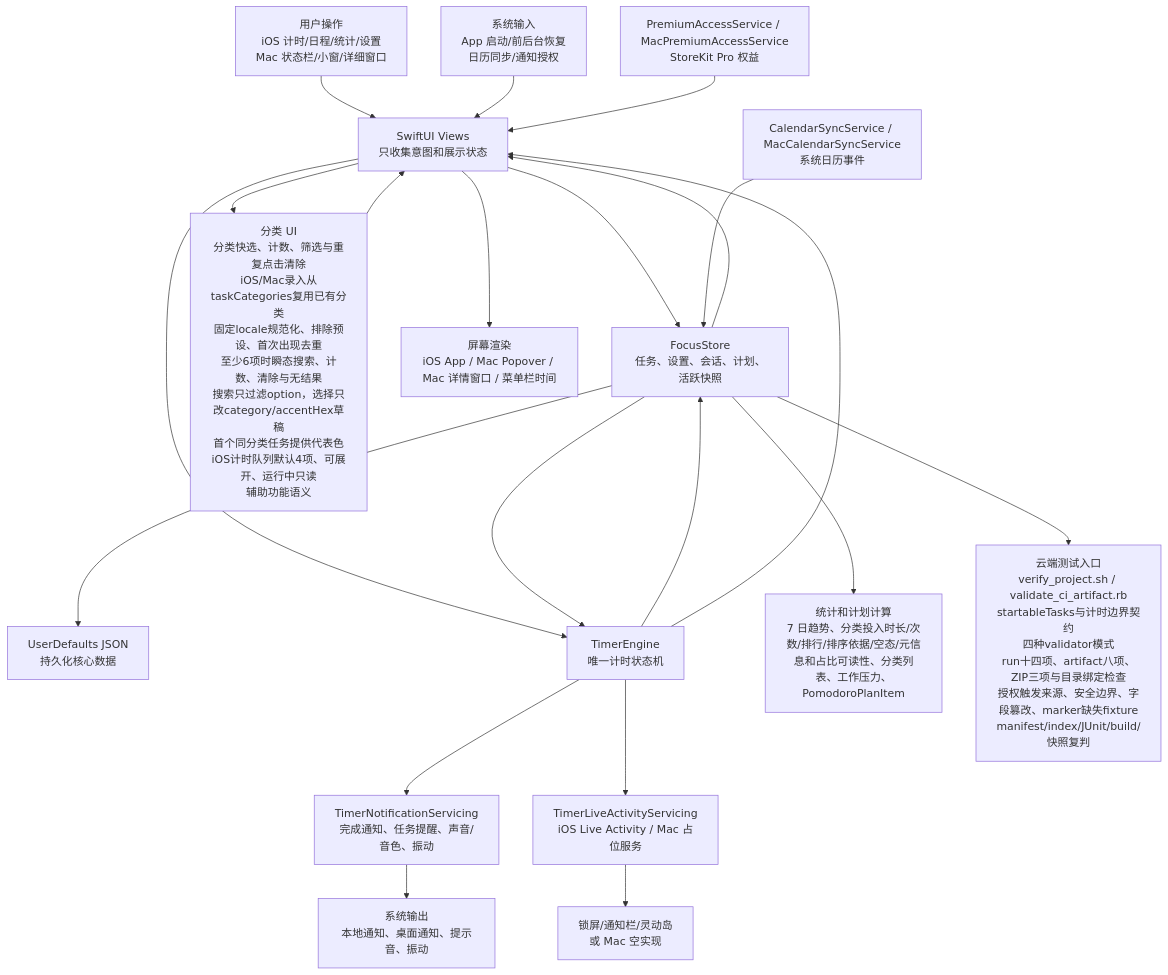
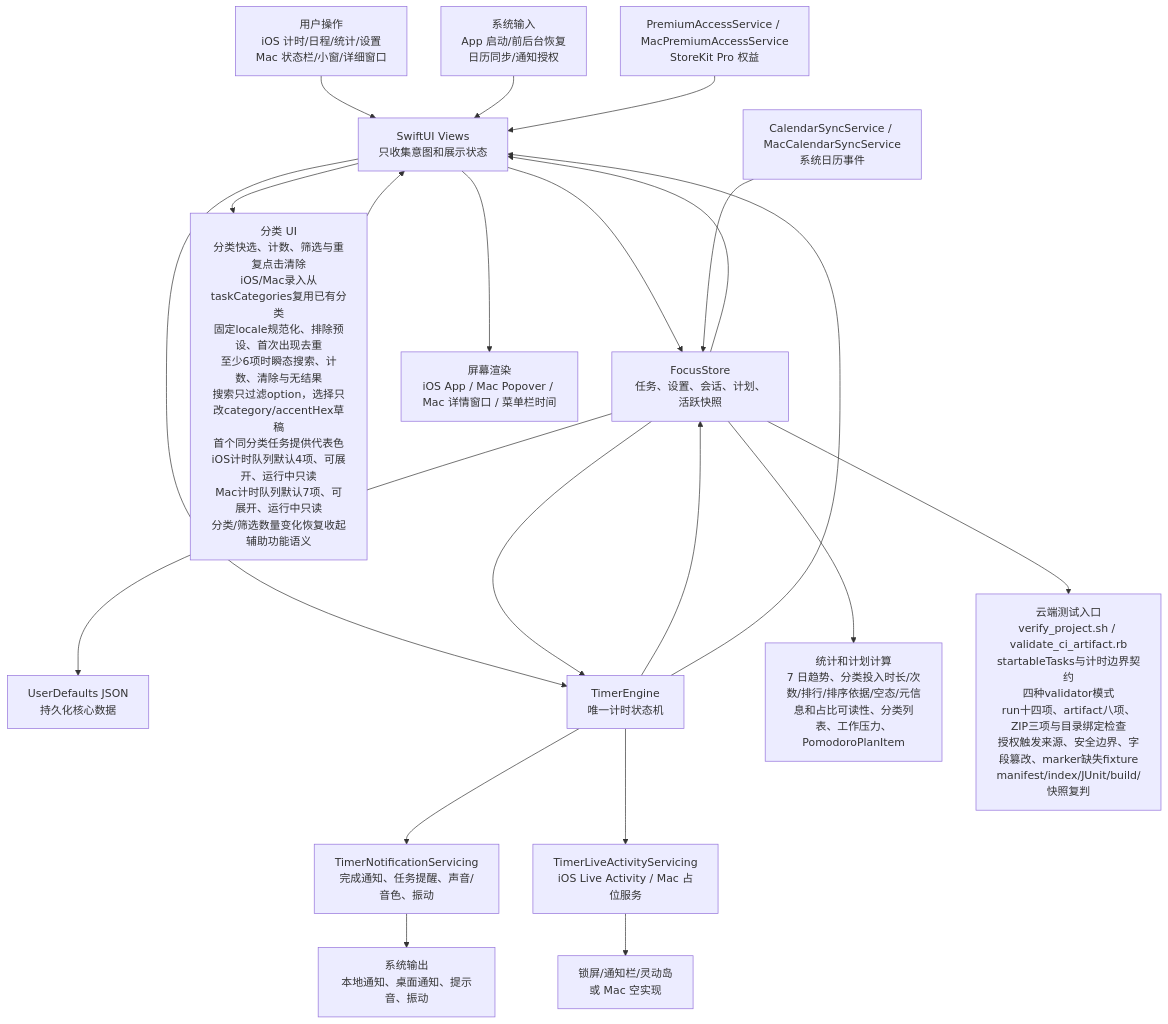
Before and after one commit to Altman-sam114/114: the first of 6 diagrams in md/flow/flowchart.md, drawn with Mermaid. The commit also changed other lines of this file and 9 other files, not shown here.

````diff
--- a/md/flow/flowchart.md
+++ b/md/flow/flowchart.md
@@ -9,23 +9,23 @@
 ```mermaid
 flowchart TD
   U["用户操作<br/>iOS 计时/日程/统计/设置<br/>Mac 状态栏/小窗/详细窗口"] --> V["SwiftUI Views<br/>只收集意图和展示状态"]
   SYS["系统输入<br/>App 启动/前后台恢复<br/>日历同步/通知授权"] --> V
   V --> S["FocusStore<br/>任务、设置、会话、计划、活跃快照"]
-  V --> CAT["分类 UI<br/>分类快选、计数、筛选与重复点击清除<br/>iOS/Mac录入从taskCategories复用已有分类<br/>固定locale规范化、排除预设、首次出现去重<br/>至少6项时瞬态搜索、计数、清除与无结果<br/>搜索只过滤option，选择只改category/accentHex草稿<br/>首个同分类任务提供代表色<br/>iOS计时队列默认4项、可展开、运行中只读<br/>辅助功能语义"]
+  V --> CAT["分类 UI<br/>分类快选、计数、筛选与重复点击清除<br/>iOS/Mac录入从taskCategories复用已有分类<br/>固定locale规范化、排除预设、首次出现去重<br/>至少6项时瞬态搜索、计数、清除与无结果<br/>搜索只过滤option，选择只改category/accentHex草稿<br/>首个同分类任务提供代表色<br/>iOS计时队列默认4项、可展开、运行中只读<br/>Mac计时队列默认7项、可展开、运行中只读<br/>分类/筛选数量变化恢复收起<br/>辅助功能语义"]
   CAT --> V
   S --> P["UserDefaults JSON<br/>持久化核心数据"]
   V --> E["TimerEngine<br/>唯一计时状态机"]
   S --> E
   E --> S
   E --> N["TimerNotificationServicing<br/>完成通知、任务提醒、声音/音色、振动"]
   E --> L["TimerLiveActivityServicing<br/>iOS Live Activity / Mac 占位服务"]
   S --> C["统计和计划计算<br/>7 日趋势、分类投入时长/次数/排行/排序依据/空态/元信息和占比可读性、分类列表、工作压力、PomodoroPlanItem"]
   CAL["CalendarSyncService / MacCalendarSyncService<br/>系统日历事件"] --> S
   PRO["PremiumAccessService / MacPremiumAccessService<br/>StoreKit Pro 权益"] --> V
   S --> V
   E --> V
   V --> OUT["屏幕渲染<br/>iOS App / Mac Popover / Mac 详情窗口 / 菜单栏时间"]
   N --> OUT2["系统输出<br/>本地通知、桌面通知、提示音、振动"]
   L --> OUT3["锁屏/通知栏/灵动岛<br/>或 Mac 空实现"]
   S --> T["云端测试入口<br/>verify_project.sh / validate_ci_artifact.rb<br/>startableTasks与计时边界契约<br/>四种validator模式<br/>run十四项、artifact八项、ZIP三项与目录绑定检查<br/>授权触发来源、安全边界、字段篡改、marker缺失fixture<br/>manifest/index/JUnit/build/快照复判"]
 ```
````
